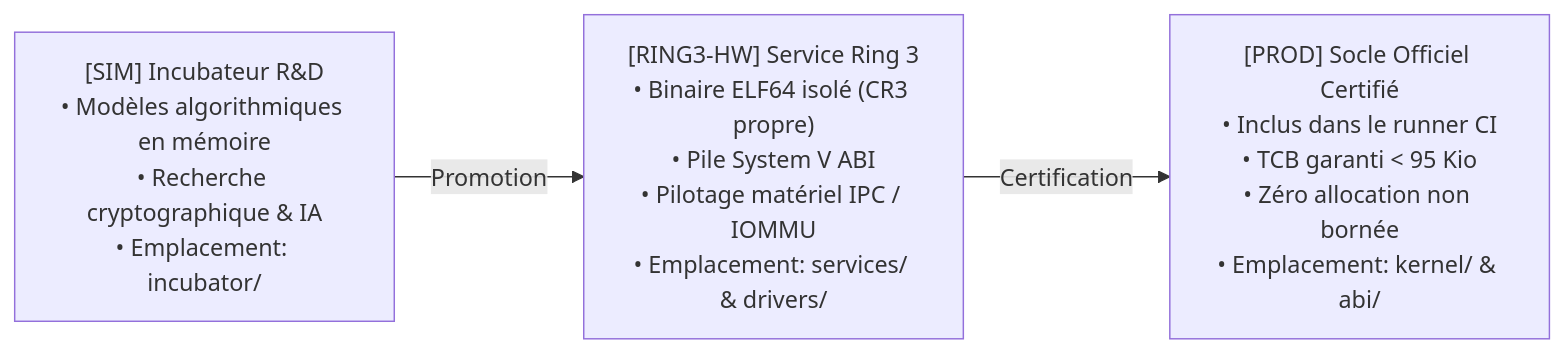
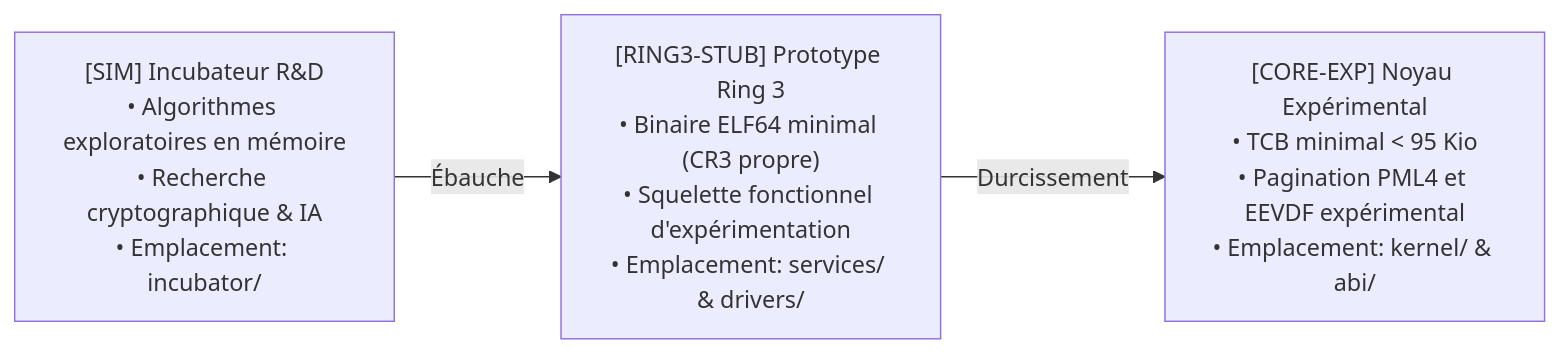
One commit to jambostack/jambo-os changed the diagram in ROADMAP.md. Above: the diagram before and after it, drawn with Mermaid. The commit also changed other lines of this file and 7 other files, not shown here.

````diff
--- a/ROADMAP.md
+++ b/ROADMAP.md
@@ -14,5 +14,5 @@
 ```mermaid
 flowchart LR
-    A["[SIM] Incubateur R&D<br/>• Modèles algorithmiques en mémoire<br/>• Recherche cryptographique & IA<br/>• Emplacement: incubator/"] -->|Promotion| B["[RING3-HW] Service Ring 3<br/>• Binaire ELF64 isolé (CR3 propre)<br/>• Pile System V ABI<br/>• Pilotage matériel IPC / IOMMU<br/>• Emplacement: services/ & drivers/"]
-    B -->|Certification| C["[PROD] Socle Officiel Certifié<br/>• Inclus dans le runner CI<br/>• TCB garanti &lt; 95 Kio<br/>• Zéro allocation non bornée<br/>• Emplacement: kernel/ & abi/"]
+    A["[SIM] Incubateur R&D<br/>• Algorithmes exploratoires en mémoire<br/>• Recherche cryptographique & IA<br/>• Emplacement: incubator/"] -->|Ébauche| B["[RING3-STUB] Prototype Ring 3<br/>• Binaire ELF64 minimal (CR3 propre)<br/>• Squelette fonctionnel d'expérimentation<br/>• Emplacement: services/ & drivers/"]
+    B -->|Durcissement| C["[CORE-EXP] Noyau Expérimental<br/>• TCB minimal &lt; 95 Kio<br/>• Pagination PML4 et EEVDF expérimental<br/>• Emplacement: kernel/ & abi/"]
 ```
````
